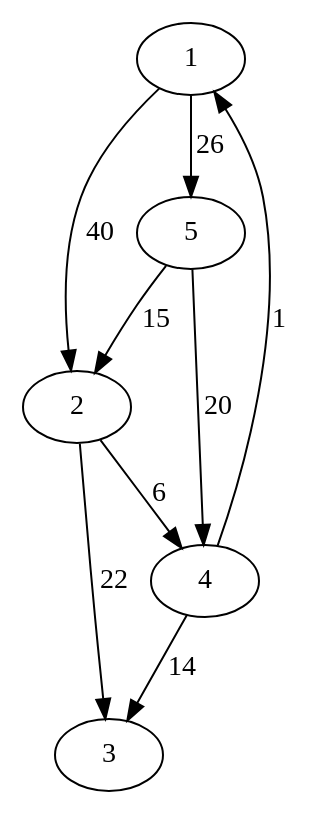
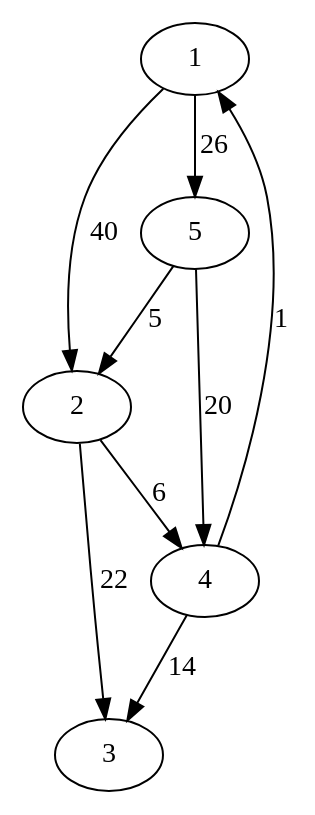
Before and after one commit to AlexanderSenchenko/Coursework_TRPO: the diagram in example1.gv, drawn with Graphviz. The commit also changed 3 other files, not shown here.

```diff
--- a/example1.gv
+++ b/example1.gv
@@ -1,10 +1,10 @@
 digraph HelloWorld {
 	"1" -> "2"[label="40"];
 	"1" -> "5"[label="26"];
 	"2" -> "3"[label="22"];
 	"2" -> "4"[label="6"];
-	"5" -> "2"[label="15"];
+	"5" -> "2"[label="5"];
 	"4" -> "3"[label="14"];
 	"5" -> "4"[label="20"];
 	"4" -> "1"[label="1"];
 }
```
